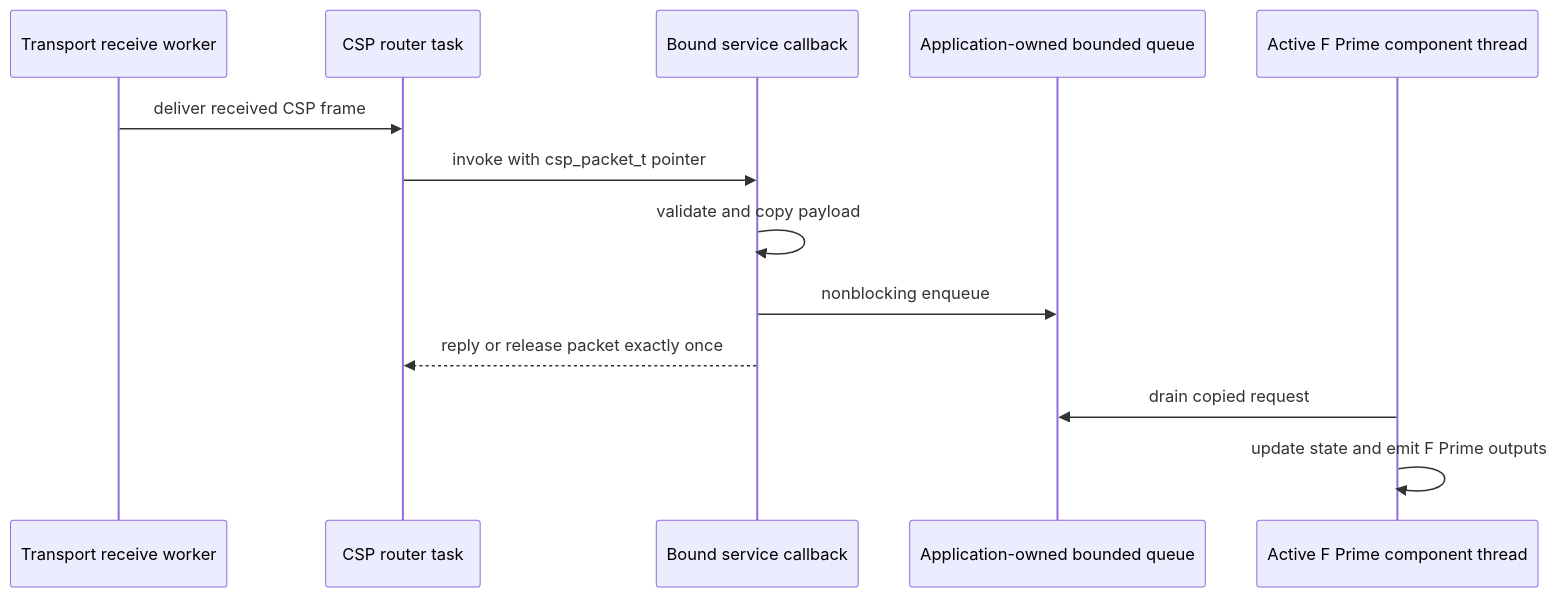
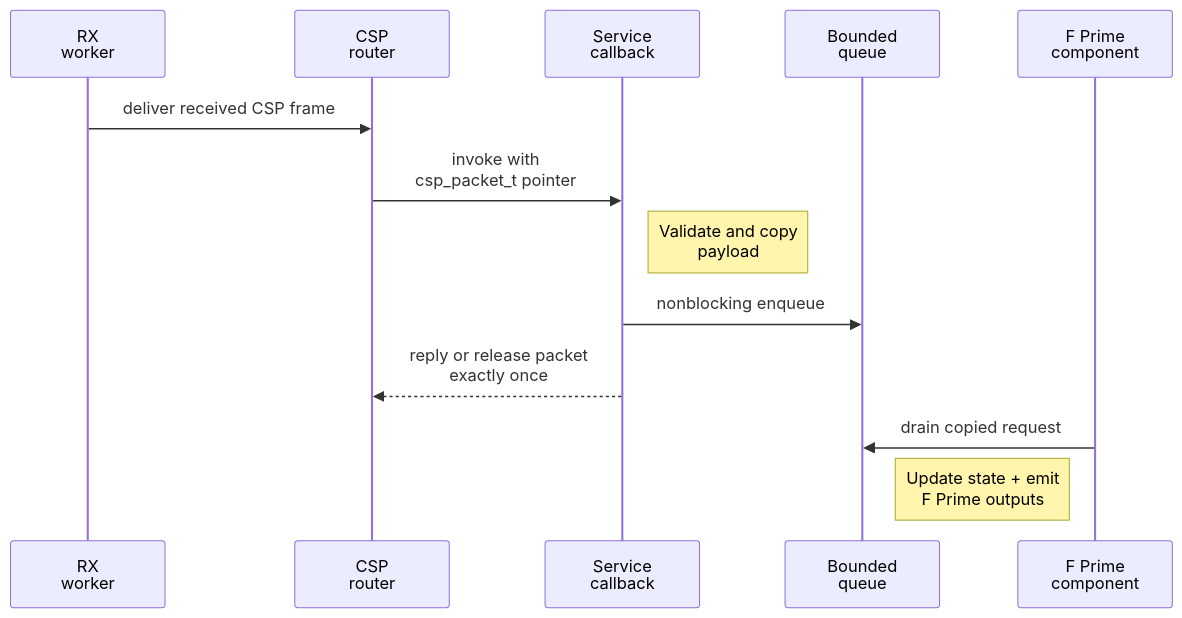
Before and after one commit to SiboVG/fprime-csp-libparam: the third of 4 diagrams in docs/architecture.md, drawn with Mermaid. The commit also changed other lines of this file and 28 other files, not shown here.

````diff
--- a/docs/architecture.md
+++ b/docs/architecture.md
@@ -145,16 +146,16 @@
 ```mermaid
 sequenceDiagram
-  participant RX as Transport receive worker
-  participant Router as CSP router task
-  participant Callback as Bound service callback
-  participant Queue as Application-owned bounded queue
-  participant Component as Active F Prime component thread
+  participant RX as RX<br/>worker
+  participant Router as CSP<br/>router
+  participant Callback as Service<br/>callback
+  participant Queue as Bounded<br/>queue
+  participant Component as F Prime<br/>component
 
   RX->>Router: deliver received CSP frame
-  Router->>Callback: invoke with csp_packet_t pointer
-  Callback->>Callback: validate and copy payload
+  Router->>Callback: invoke with<br/>csp_packet_t pointer
+  Note right of Callback: Validate and copy<br/>payload
   Callback->>Queue: nonblocking enqueue
-  Callback-->>Router: reply or release packet exactly once
+  Callback-->>Router: reply or release packet<br/>exactly once
   Component->>Queue: drain copied request
-  Component->>Component: update state and emit F Prime outputs
+  Note left of Component: Update state + emit<br/>F Prime outputs
 ```
````
